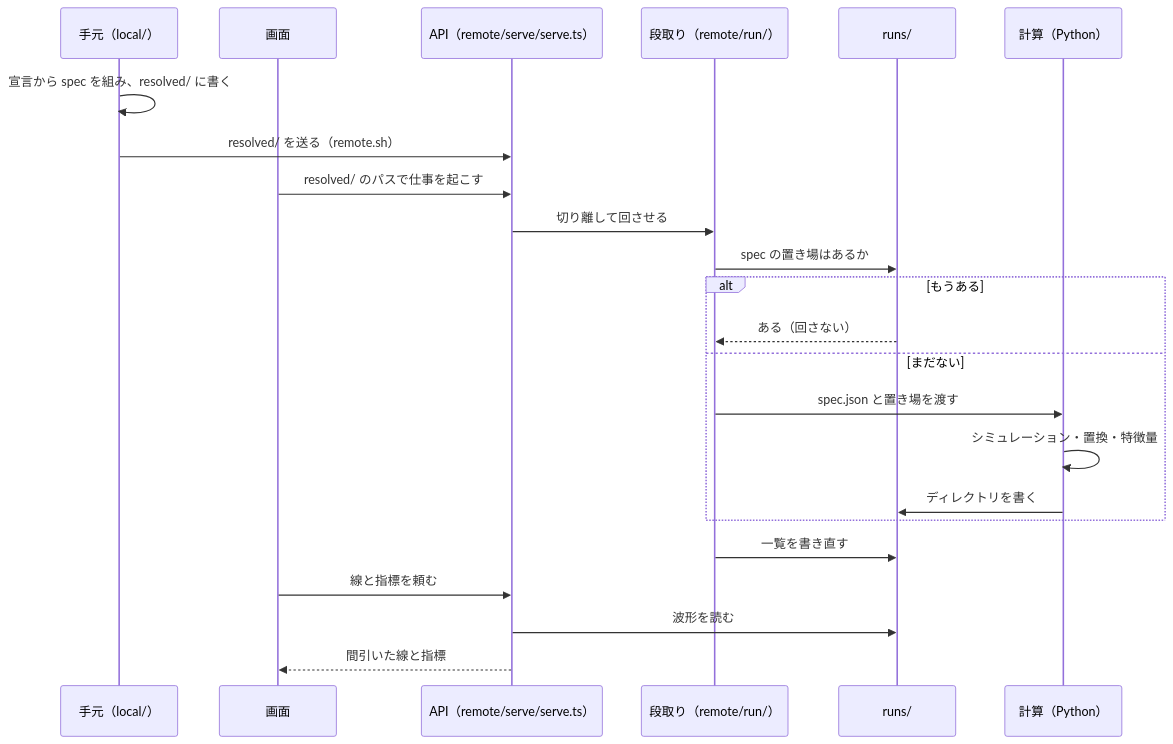
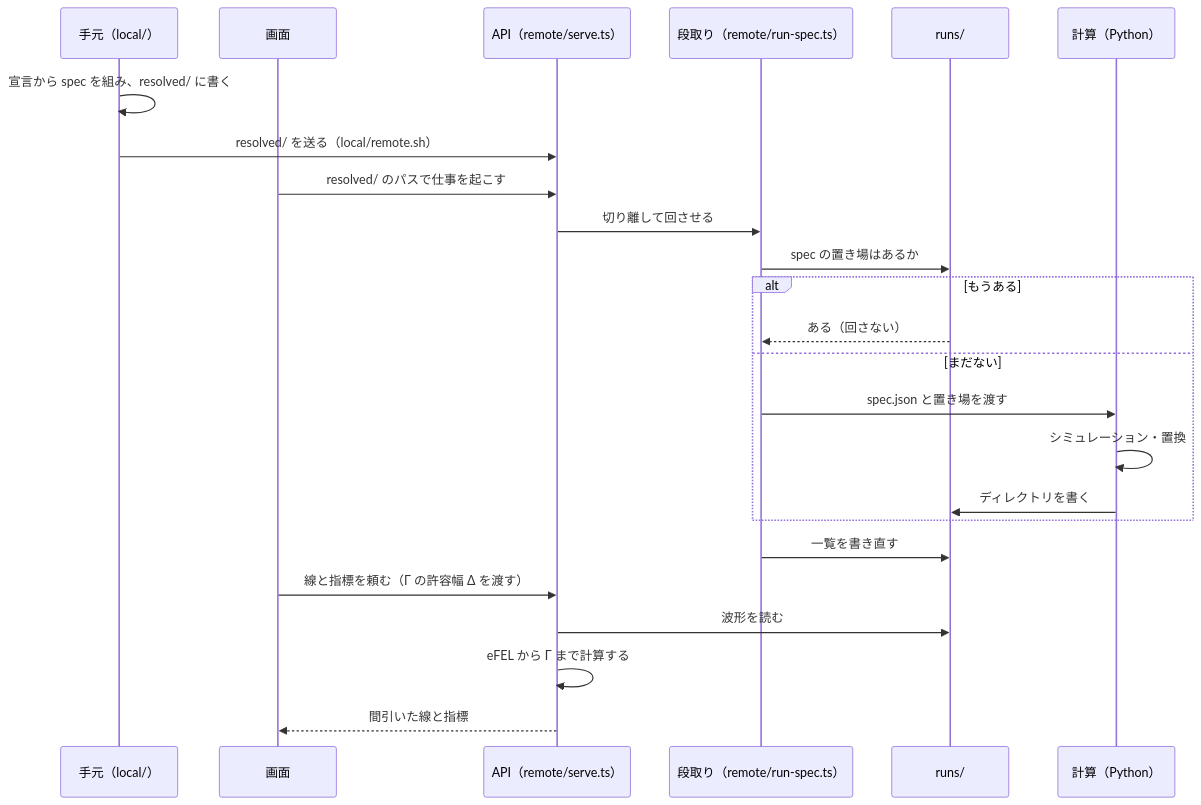
The second of 3 diagrams in README.md (MunechikaHaruki/SINDyNeuroSurrogate), drawn with Mermaid before and after one commit. The commit also changed other lines of this file and 205 other files, not shown here.

````diff
--- a/README.md
+++ b/README.md
@@ -55,25 +64,26 @@
 ```mermaid
 sequenceDiagram
   participant L as 手元（local/）
   participant U as 画面
-  participant A as API（remote/serve/serve.ts）
-  participant O as 段取り（remote/run/）
+  participant A as API（remote/serve.ts）
+  participant O as 段取り（remote/run-spec.ts）
   participant R as runs/
   participant P as 計算（Python）
   L->>L: 宣言から spec を組み、resolved/ に書く
-  L->>A: resolved/ を送る（remote.sh）
+  L->>A: resolved/ を送る（local/remote.sh）
   U->>A: resolved/ のパスで仕事を起こす
   A->>O: 切り離して回させる
   O->>R: spec の置き場はあるか
   alt もうある
     R-->>O: ある（回さない）
   else まだない
     O->>P: spec.json と置き場を渡す
-    P->>P: シミュレーション・置換・特徴量
+    P->>P: シミュレーション・置換
     P->>R: ディレクトリを書く
   end
   O->>R: 一覧を書き直す
-  U->>A: 線と指標を頼む
+  U->>A: 線と指標を頼む（Γ の許容幅 Δ を渡す）
   A->>R: 波形を読む
+  A->>A: eFEL から Γ まで計算する
   A-->>U: 間引いた線と指標
 ```
````
